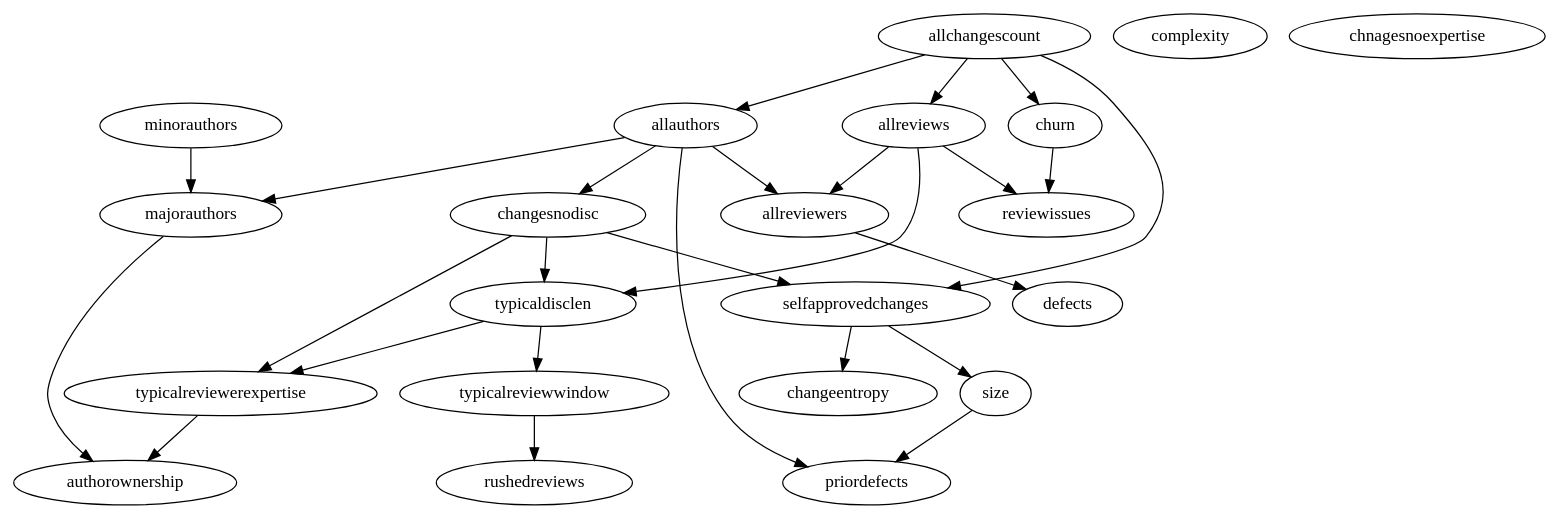
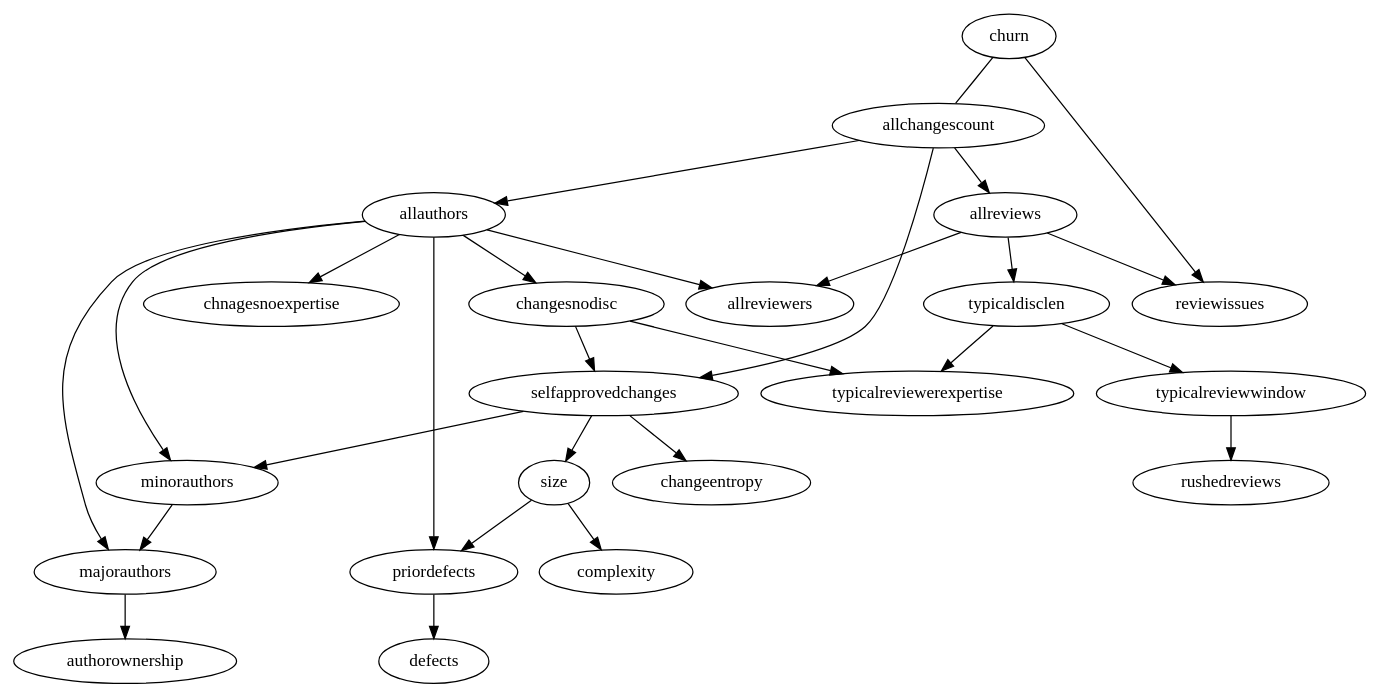
The diagram in BayesianNetworks/Results/chrome_40.dot (CESEL/ReviewPostReleaseDefectsReplication), drawn with Graphviz before and after one commit. The commit also changed 2 other files, not shown here.

```diff
--- a/BayesianNetworks/Results/chrome_40.dot
+++ b/BayesianNetworks/Results/chrome_40.dot
@@ -1,48 +1,50 @@
 digraph {
   "size" ;
   "complexity" ;
   "priordefects" ;
   "churn" ;
   "allchangescount" ;
   "changeentropy" ;
   "allauthors" ;
   "minorauthors" ;
   "majorauthors" ;
   "authorownership" ;
   "rushedreviews" ;
   "changesnodisc" ;
   "selfapprovedchanges" ;
   "typicaldisclen" ;
   "typicalreviewwindow" ;
   "reviewissues" ;
   "allreviews" ;
   "allreviewers" ;
   "chnagesnoexpertise" ;
   "typicalreviewerexpertise" ;
   "defects" ;
+  edge [dir=none] "churn" -> "allchangescount" ;
   edge [dir=forward] "size" -> "priordefects" ;
+  edge [dir=forward] "priordefects" -> "defects" ;
   edge [dir=forward] "churn" -> "reviewissues" ;
-  edge [dir=forward] "allchangescount" -> "churn" ;
   edge [dir=forward] "allchangescount" -> "allauthors" ;
   edge [dir=forward] "allchangescount" -> "selfapprovedchanges" ;
   edge [dir=forward] "allchangescount" -> "allreviews" ;
   edge [dir=forward] "allauthors" -> "priordefects" ;
+  edge [dir=forward] "allauthors" -> "minorauthors" ;
   edge [dir=forward] "allauthors" -> "majorauthors" ;
   edge [dir=forward] "allauthors" -> "changesnodisc" ;
   edge [dir=forward] "allauthors" -> "allreviewers" ;
+  edge [dir=forward] "allauthors" -> "chnagesnoexpertise" ;
   edge [dir=forward] "minorauthors" -> "majorauthors" ;
   edge [dir=forward] "majorauthors" -> "authorownership" ;
   edge [dir=forward] "changesnodisc" -> "selfapprovedchanges" ;
-  edge [dir=forward] "changesnodisc" -> "typicaldisclen" ;
   edge [dir=forward] "changesnodisc" -> "typicalreviewerexpertise" ;
   edge [dir=forward] "selfapprovedchanges" -> "size" ;
   edge [dir=forward] "selfapprovedchanges" -> "changeentropy" ;
+  edge [dir=forward] "selfapprovedchanges" -> "minorauthors" ;
   edge [dir=forward] "typicaldisclen" -> "typicalreviewwindow" ;
   edge [dir=forward] "typicaldisclen" -> "typicalreviewerexpertise" ;
   edge [dir=forward] "typicalreviewwindow" -> "rushedreviews" ;
   edge [dir=forward] "allreviews" -> "typicaldisclen" ;
   edge [dir=forward] "allreviews" -> "reviewissues" ;
   edge [dir=forward] "allreviews" -> "allreviewers" ;
-  edge [dir=forward] "allreviewers" -> "defects" ;
-  edge [dir=forward] "typicalreviewerexpertise" -> "authorownership" ;
+  edge [dir=forward] "size" -> "complexity" ;
 }
```
